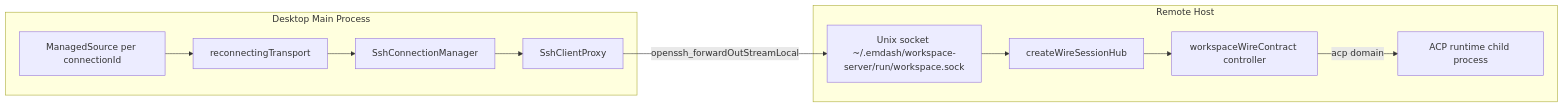
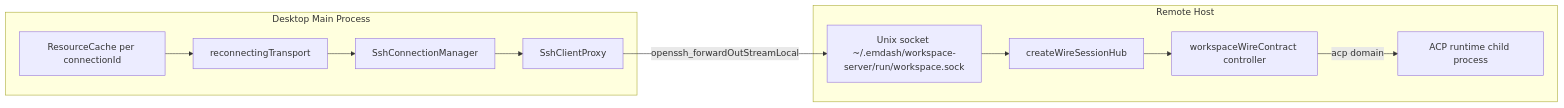
The diagram in apps/workspace-server/docs/client-connection.md (generalaction/emdash), drawn with Mermaid before and after one commit. The commit also changed other lines of this file and 20 other files, not shown here.

Commit message:
feat: refactor managed source

````diff
--- a/apps/workspace-server/docs/client-connection.md
+++ b/apps/workspace-server/docs/client-connection.md
@@ -8,22 +8,22 @@
 ```mermaid
 flowchart LR
   subgraph desktop [Desktop Main Process]
-    source["ManagedSource per connectionId"]
+    source["ResourceCache per connectionId"]
     reconnecting[reconnectingTransport]
     sshManager[SshConnectionManager]
     proxy[SshClientProxy]
   end
   subgraph remote [Remote Host]
     socket["Unix socket ~/.emdash/workspace-server/run/workspace.sock"]
     hub[createWireSessionHub]
     controller[workspaceWireContract controller]
     acpRuntime["ACP runtime child process"]
   end
   source --> reconnecting
   reconnecting --> sshManager
   sshManager --> proxy
   proxy -->|"openssh_forwardOutStreamLocal"| socket
   socket --> hub
   hub --> controller
   controller -->|"acp domain"| acpRuntime
 ```
````
